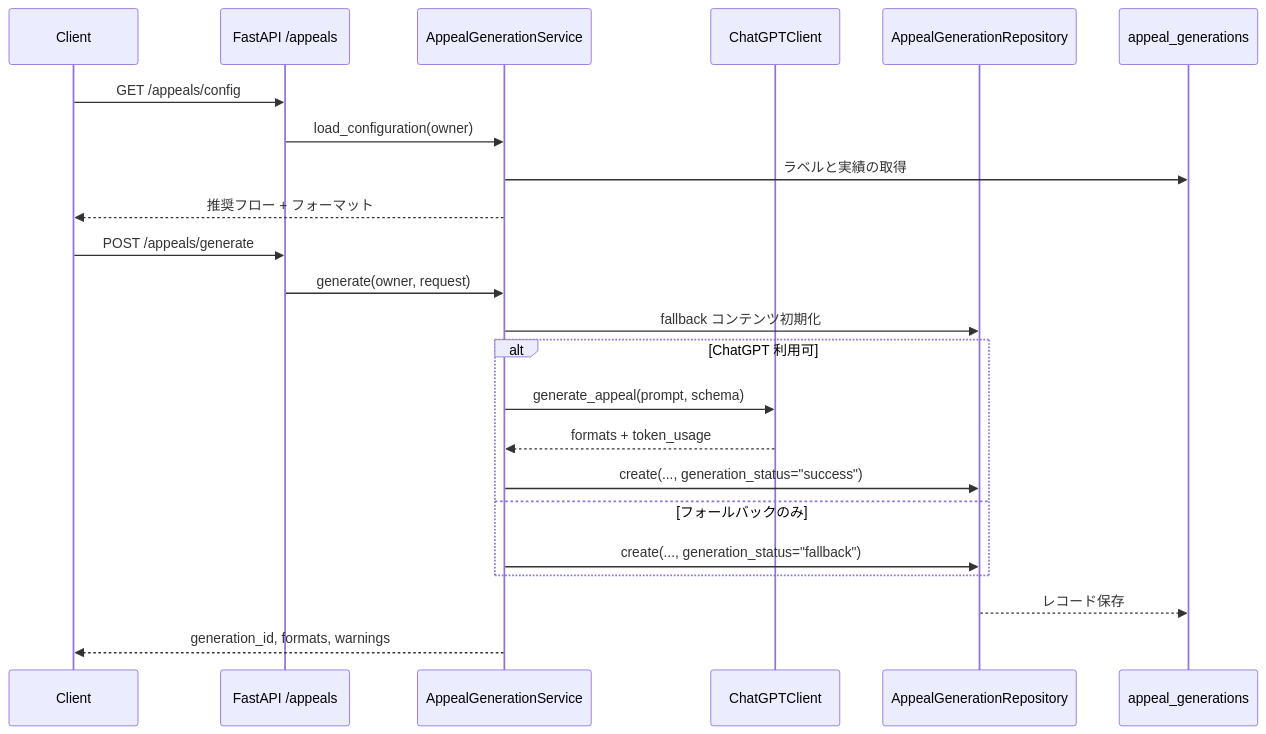
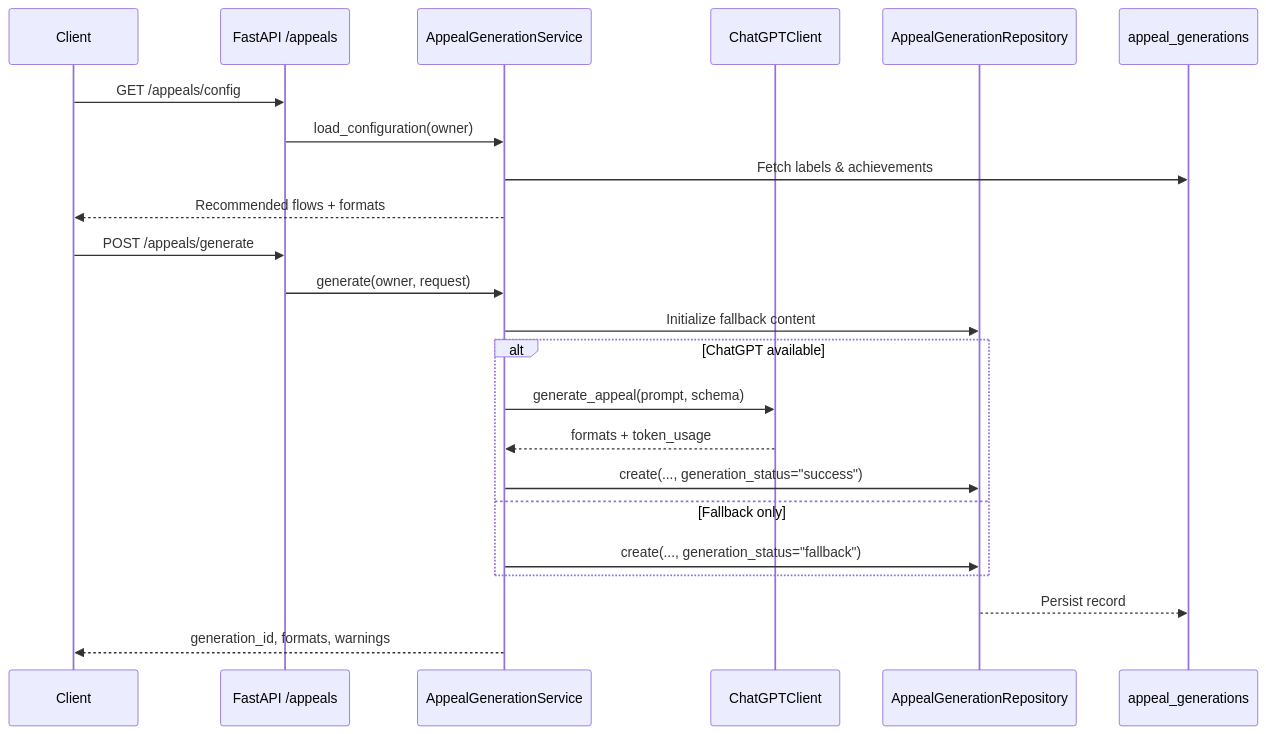
Before and after one commit to ist-h-i/todo-generator: the diagram in docs/features/appeal-generation/detail-design.md, drawn with Mermaid. The commit also changed other lines of this file and 7 other files, not shown here.

````diff
--- a/docs/features/appeal-generation/detail-design.md
+++ b/docs/features/appeal-generation/detail-design.md
@@ -7,27 +7,27 @@
 ```mermaid
 sequenceDiagram
     participant Client
     participant API as FastAPI /appeals
     participant Service as AppealGenerationService
     participant GPT as ChatGPTClient
     participant Repo as AppealGenerationRepository
     participant DB as appeal_generations
 
     Client->>API: GET /appeals/config
     API->>Service: load_configuration(owner)
-    Service->>DB: ラベルと実績の取得
-    Service-->>Client: 推奨フロー + フォーマット
+    Service->>DB: Fetch labels & achievements
+    Service-->>Client: Recommended flows + formats
 
     Client->>API: POST /appeals/generate
     API->>Service: generate(owner, request)
-    Service->>Repo: fallback コンテンツ初期化
-    alt ChatGPT 利用可
+    Service->>Repo: Initialize fallback content
+    alt ChatGPT available
         Service->>GPT: generate_appeal(prompt, schema)
         GPT-->>Service: formats + token_usage
         Service->>Repo: create(..., generation_status="success")
-    else フォールバックのみ
+    else Fallback only
         Service->>Repo: create(..., generation_status="fallback")
     end
-    Repo-->>DB: レコード保存
+    Repo-->>DB: Persist record
     Service-->>Client: generation_id, formats, warnings
 ```
````
